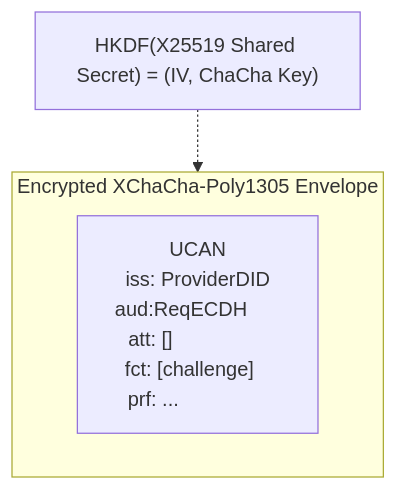
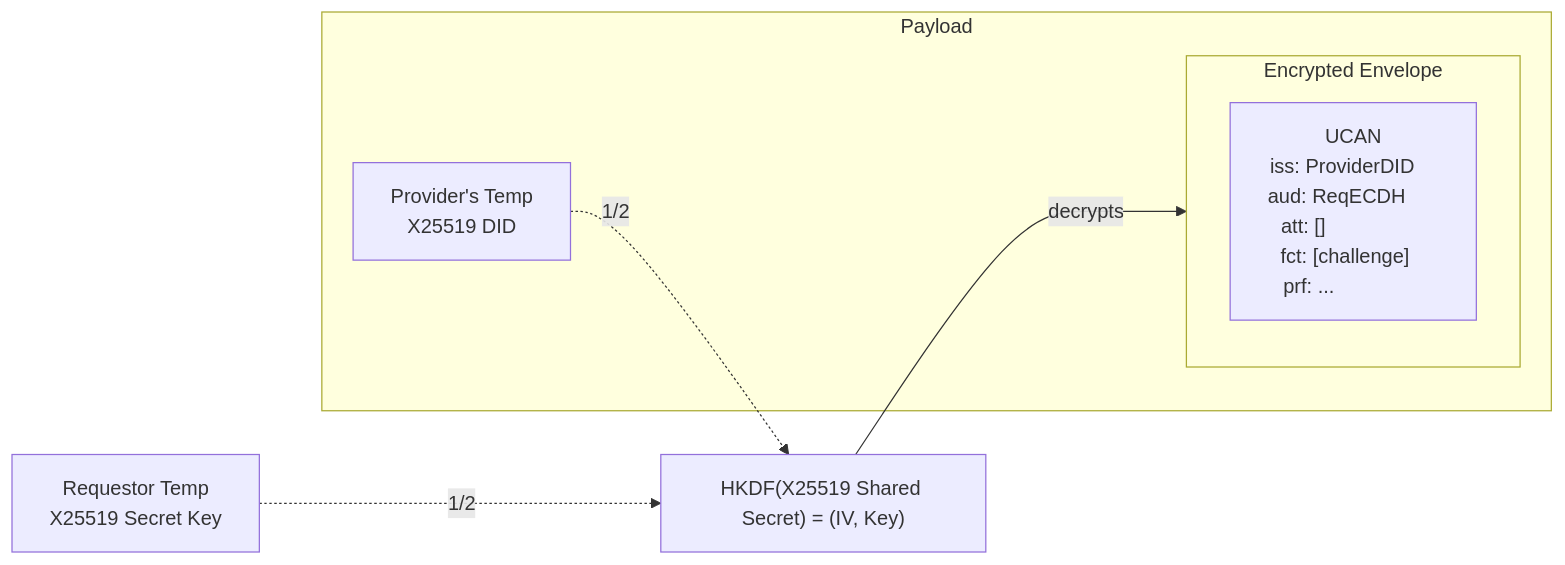
One commit to ucan-wg/awake changed the fourth of 5 diagrams in README.md. Above: the diagram before and after it, drawn with Mermaid. The commit also changed other lines of this file, not shown here.

````diff
--- a/README.md
+++ b/README.md
@@ -232,16 +238,23 @@
 ``` mermaid
-flowchart TD
-    XCC["HKDF(X25519 Shared Secret) = (IV, ChaCha Key)"]
+flowchart LR
+    XCC["HKDF(X25519 Shared Secret) = (IV, Key)"]
+    ReqTempSK["Requestor Temp\nX25519 Secret Key"]
 
-    subgraph Env [Encrypted XChaCha-Poly1305 Envelope]
-        ucan["UCAN
-            iss: ProviderDID
-            aud:ReqECDH&nbsp;&nbsp;&nbsp;&nbsp;&nbsp;&nbsp;
-            att: []&nbsp;&nbsp;&nbsp;&nbsp;&nbsp;&nbsp;&nbsp;&nbsp;&nbsp;&nbsp;&nbsp;&nbsp;&nbsp;&nbsp;&nbsp;&nbsp;&nbsp;
-            fct: [challenge]&nbsp;&nbsp;&nbsp;
-            prf: ...&nbsp;&nbsp;&nbsp;&nbsp;&nbsp;&nbsp;&nbsp;&nbsp;&nbsp;&nbsp;&nbsp;&nbsp;&nbsp;&nbsp;&nbsp;&nbsp;
-        "]
+    subgraph Payload
+        ProvTempPK["Provider's Temp\nX25519 DID"]
+
+        subgraph Env [Encrypted Envelope]
+            ucan["UCAN
+                iss: ProviderDID&nbsp;&nbsp;&nbsp;&nbsp;
+                aud: ReqECDH&nbsp;&nbsp;&nbsp;&nbsp;&nbsp;&nbsp;
+                att: []&nbsp;&nbsp;&nbsp;&nbsp;&nbsp;&nbsp;&nbsp;&nbsp;&nbsp;&nbsp;&nbsp;&nbsp;&nbsp;&nbsp;&nbsp;&nbsp;&nbsp;&nbsp;
+                fct: [challenge]&nbsp;&nbsp;&nbsp;
+                prf: ...&nbsp;&nbsp;&nbsp;&nbsp;&nbsp;&nbsp;&nbsp;&nbsp;&nbsp;&nbsp;&nbsp;&nbsp;&nbsp;&nbsp;&nbsp;&nbsp;
+            "]
+        end
     end
 
-    XCC -.-> Env
+    ReqTempSK -..->|1/2| XCC
+    ProvTempPK -.->|1/2| XCC
+    XCC --->|decrypts| Env
 ```
````
